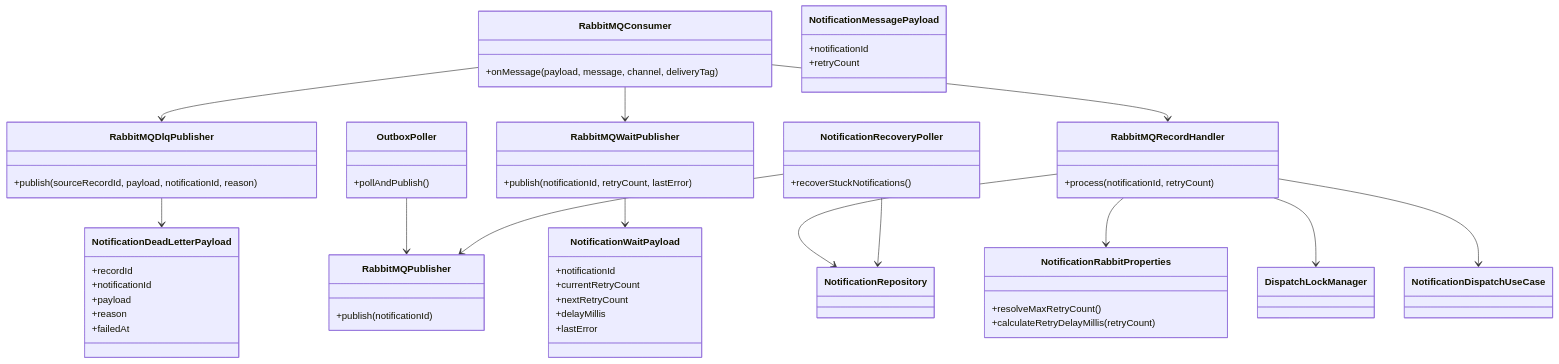
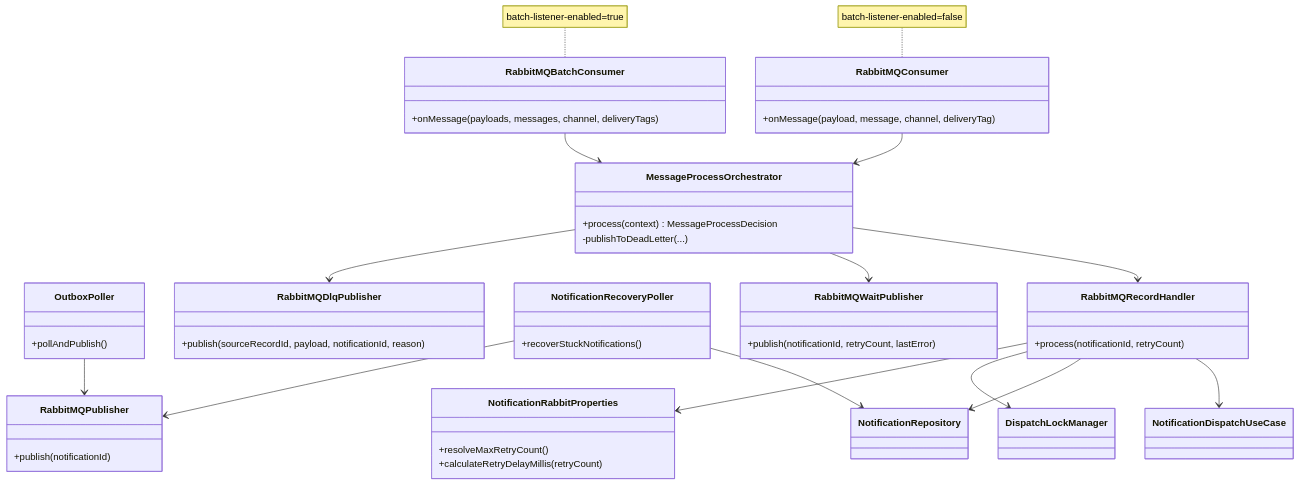
The third of 5 diagrams in docs/03-class-diagrams.md (yht0827/notification-dispatcher), drawn with Mermaid before and after one commit. The commit also changed other lines of this file and 11 other files, not shown here.

````diff
--- a/docs/03-class-diagrams.md
+++ b/docs/03-class-diagrams.md
@@ -188,72 +202,64 @@
 ```mermaid
 classDiagram
     class OutboxPoller {
       +pollAndPublish()
     }
 
     class RabbitMQPublisher {
       +publish(notificationId)
     }
 
+    class MessageProcessOrchestrator {
+      +process(context) MessageProcessDecision
+      -publishToDeadLetter(...)
+    }
+
     class RabbitMQConsumer {
       +onMessage(payload, message, channel, deliveryTag)
     }
+
+    class RabbitMQBatchConsumer {
+      +onMessage(payloads, messages, channel, deliveryTags)
+    }
+
+    note for RabbitMQConsumer "batch-listener-enabled=false"
+    note for RabbitMQBatchConsumer "batch-listener-enabled=true"
 
     class RabbitMQRecordHandler {
       +process(notificationId, retryCount)
     }
 
     class NotificationRecoveryPoller {
       +recoverStuckNotifications()
     }
 
     class RabbitMQWaitPublisher {
       +publish(notificationId, retryCount, lastError)
     }
 
     class RabbitMQDlqPublisher {
       +publish(sourceRecordId, payload, notificationId, reason)
     }
 
     class NotificationRabbitProperties {
       +resolveMaxRetryCount()
       +calculateRetryDelayMillis(retryCount)
     }
 
-    class NotificationMessagePayload {
-      +notificationId
-      +retryCount
-    }
-
-    class NotificationWaitPayload {
-      +notificationId
-      +currentRetryCount
-      +nextRetryCount
-      +delayMillis
-      +lastError
-    }
-
-    class NotificationDeadLetterPayload {
-      +recordId
-      +notificationId
-      +payload
-      +reason
-      +failedAt
-    }
-
     OutboxPoller --> RabbitMQPublisher
 
-    RabbitMQConsumer --> RabbitMQRecordHandler
-    RabbitMQConsumer --> RabbitMQWaitPublisher
-    RabbitMQConsumer --> RabbitMQDlqPublisher
+    RabbitMQConsumer --> MessageProcessOrchestrator
+    RabbitMQBatchConsumer --> MessageProcessOrchestrator
+
+    MessageProcessOrchestrator --> RabbitMQRecordHandler
+    MessageProcessOrchestrator --> RabbitMQWaitPublisher
+    MessageProcessOrchestrator --> RabbitMQDlqPublisher
 
     RabbitMQRecordHandler --> NotificationDispatchUseCase
     RabbitMQRecordHandler --> NotificationRepository
     RabbitMQRecordHandler --> DispatchLockManager
     RabbitMQRecordHandler --> NotificationRabbitProperties
 
-    RabbitMQWaitPublisher --> NotificationWaitPayload
-    RabbitMQDlqPublisher --> NotificationDeadLetterPayload
     NotificationRecoveryPoller --> NotificationRepository
     NotificationRecoveryPoller --> RabbitMQPublisher
 ```
````
